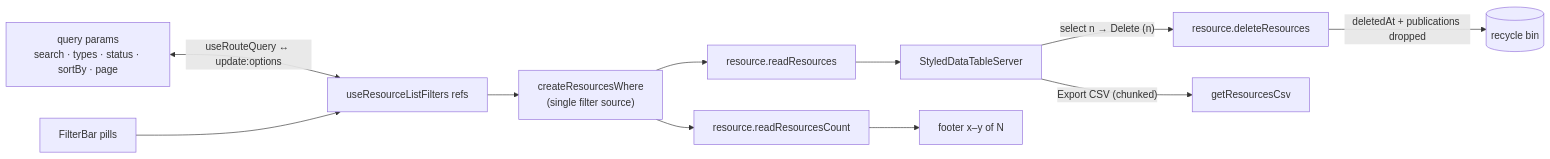
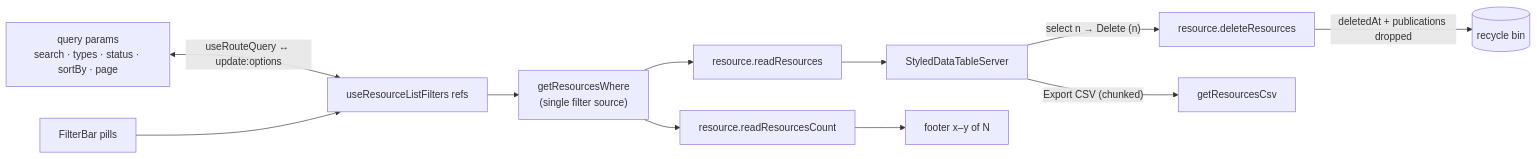
The diagram in packages/app/content/docs/platform/list-filters-and-views.md (Esposter/Esposter), drawn with Mermaid before and after one commit. The commit also changed other lines of this file and 8 other files, not shown here.

````diff
--- a/packages/app/content/docs/platform/list-filters-and-views.md
+++ b/packages/app/content/docs/platform/list-filters-and-views.md
@@ -45,10 +45,10 @@
 ```mermaid
 flowchart LR
   URL["query params<br/>search · types · status · sortBy · page"] <-->|"useRouteQuery ↔ update:options"| STATE["useResourceListFilters refs"]
   PILLS["FilterBar pills"] --> STATE
-  STATE --> WHERE["createResourcesWhere<br/>(single filter source)"]
+  STATE --> WHERE["getResourcesWhere<br/>(single filter source)"]
   WHERE --> RR["resource.readResources"] --> TABLE["StyledDataTableServer"]
   WHERE --> CNT["resource.readResourcesCount"] --> FOOTER["footer x–y of N"]
   TABLE -->|"select n → Delete (n)"| BULK["resource.deleteResources"] -->|"deletedAt + publications dropped"| GONE[("recycle bin")]
   TABLE -->|"Export CSV (chunked)"| CSV["getResourcesCsv"]
 ```
````
